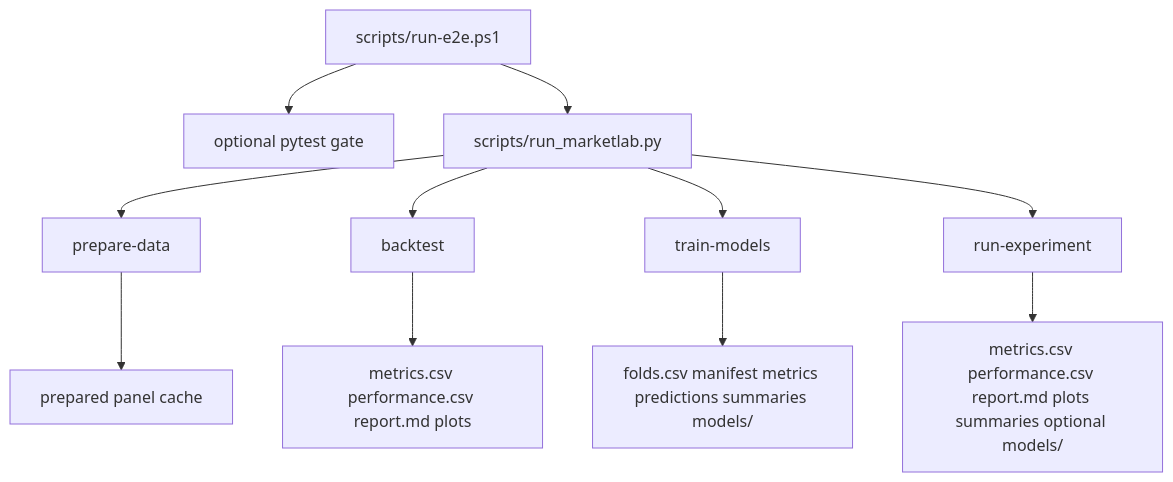
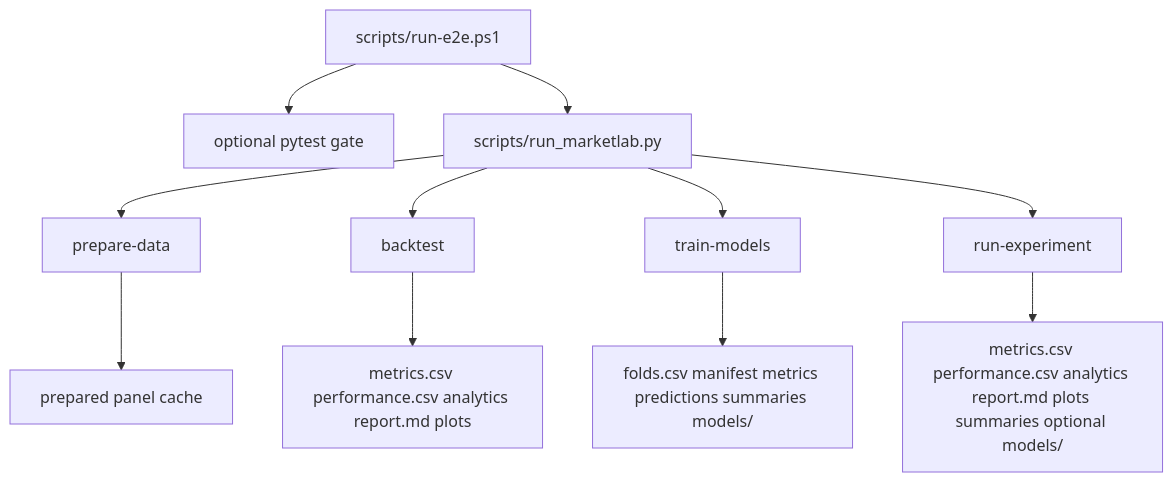
Before and after one commit to ricardogr07/market-lab: the first of 6 diagrams in ARCHITECTURE.md, drawn with Mermaid. The commit also changed other lines of this file and 2 other files, not shown here.

Commit message:
docs: update analytics docs and smoke validation

````diff
--- a/ARCHITECTURE.md
+++ b/ARCHITECTURE.md
@@ -55,14 +55,14 @@
 ```mermaid
 flowchart TD
     Runner[scripts/run-e2e.ps1] --> Pytest[optional pytest gate]
     Runner --> Launcher[scripts/run_marketlab.py]
     Launcher --> Prepare[prepare-data]
     Launcher --> Backtest[backtest]
     Launcher --> Train[train-models]
     Launcher --> Experiment[run-experiment]
 
     Prepare --> Panel[prepared panel cache]
-    Backtest --> BaselineArtifacts[metrics.csv performance.csv report.md plots]
+    Backtest --> BaselineArtifacts[metrics.csv performance.csv analytics report.md plots]
     Train --> TrainingArtifacts[folds.csv manifest metrics predictions summaries models/]
-    Experiment --> ExperimentArtifacts[metrics.csv performance.csv report.md plots summaries optional models/]
+    Experiment --> ExperimentArtifacts[metrics.csv performance.csv analytics report.md plots summaries optional models/]
 ```
````
